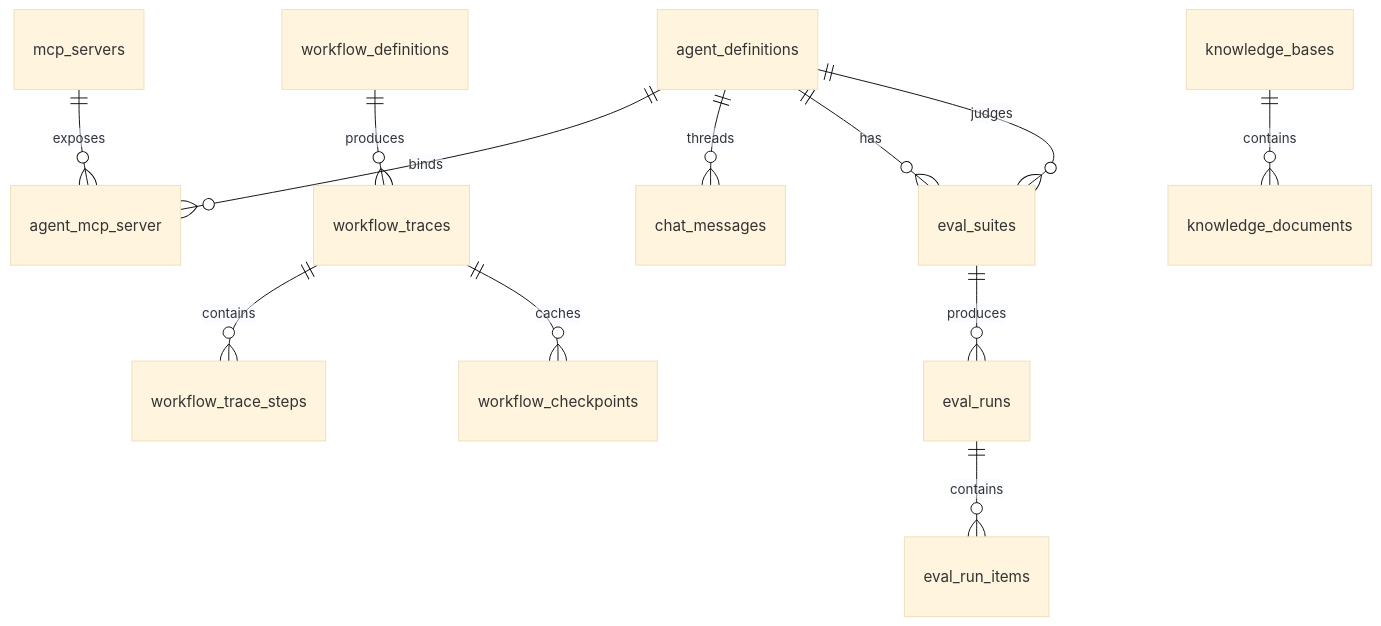
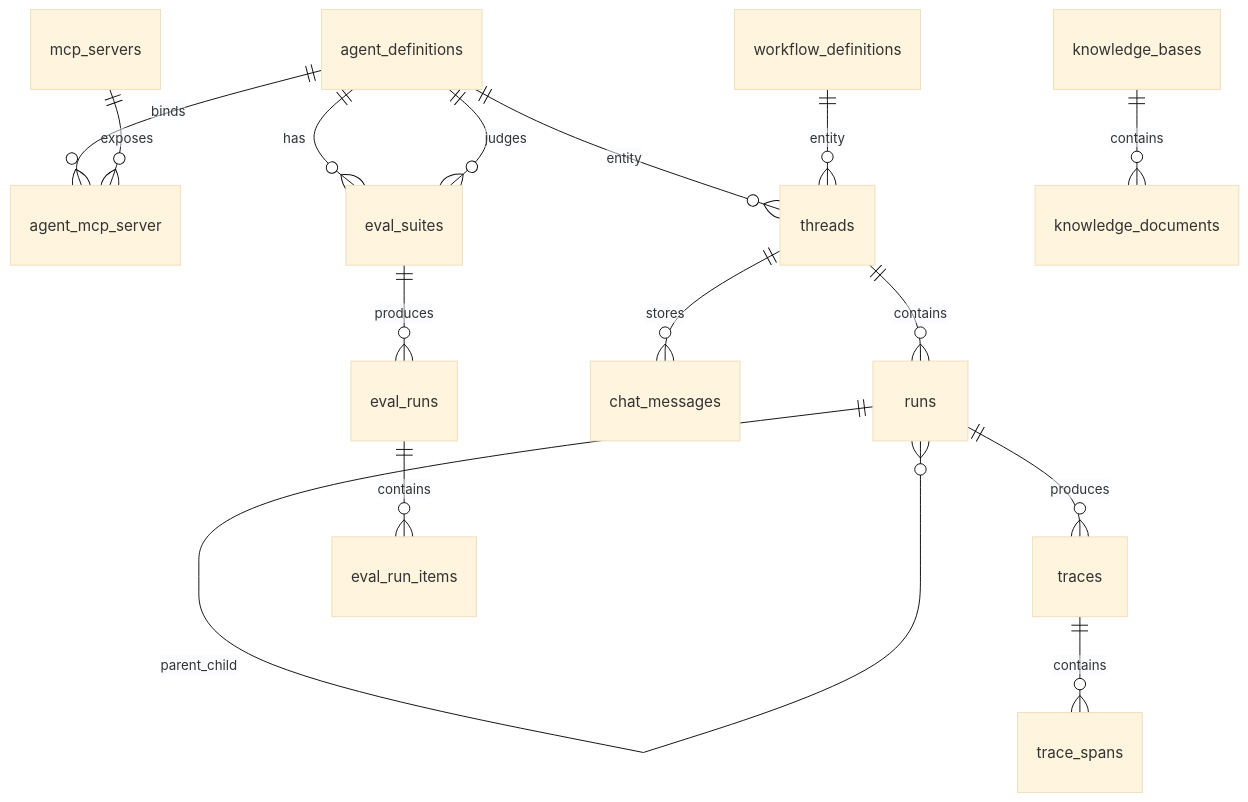
Before and after one commit to digitalelvis/neuronai-studio: the diagram in docs/reference/database-schema.md, drawn with Mermaid (base theme). The commit also changed other lines of this file and 8 other files, not shown here.

First line of the commit message:
docs(usage): document cost estimation and unified run schema

````diff
--- a/docs/reference/database-schema.md
+++ b/docs/reference/database-schema.md
@@ -32,14 +35,17 @@
 ```mermaid
 erDiagram
     agent_definitions ||--o{ agent_mcp_server : binds
     mcp_servers ||--o{ agent_mcp_server : exposes
-    workflow_definitions ||--o{ workflow_traces : produces
-    workflow_traces ||--o{ workflow_trace_steps : contains
-    workflow_traces ||--o{ workflow_checkpoints : caches
-    agent_definitions ||--o{ chat_messages : threads
+    agent_definitions ||--o{ threads : entity
+    workflow_definitions ||--o{ threads : entity
+    threads ||--o{ runs : contains
+    threads ||--o{ chat_messages : stores
+    runs ||--o{ runs : parent_child
+    runs ||--o{ traces : produces
+    traces ||--o{ trace_spans : contains
     agent_definitions ||--o{ eval_suites : has
     agent_definitions ||--o{ eval_suites : judges
     eval_suites ||--o{ eval_runs : produces
     eval_runs ||--o{ eval_run_items : contains
     knowledge_bases ||--o{ knowledge_documents : contains
 ```
````
